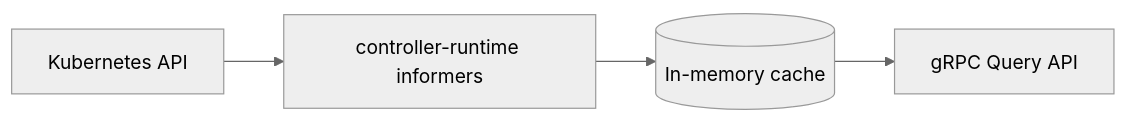
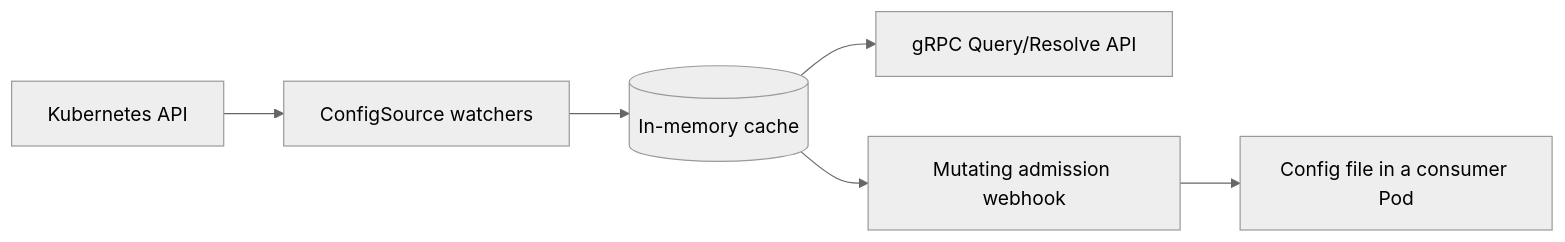
One commit to Garoze/Muninn changed the diagram in README.md. Above: the diagram before and after it, drawn with Mermaid (neutral theme). The commit also changed other lines of this file, not shown here.

Commit message:
docs: update README for the ConfigSource/webhook architecture

````diff
--- a/README.md
+++ b/README.md
@@ -26,6 +31,8 @@
 ```mermaid
 flowchart LR
-    K[Kubernetes API] --> I[controller-runtime informers]
+    K[Kubernetes API] --> I[ConfigSource watchers]
     I --> C[(In-memory cache)]
-    C --> G[gRPC Query API]
+    C --> G[gRPC Query/Resolve API]
+    C --> H[Mutating admission webhook]
+    H --> F[Config file in a consumer Pod]
 ```
````
